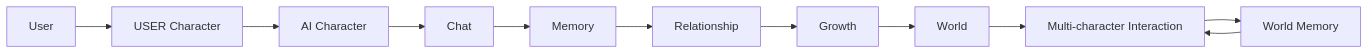
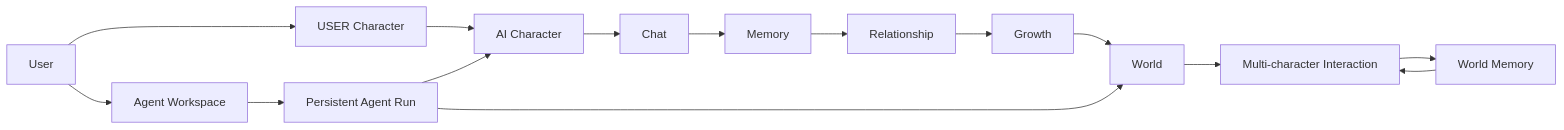
The first of 3 diagrams in README.md (xingnan-dev/ai-character-world), drawn with Mermaid before and after one commit. The commit also changed other lines of this file and 1 other file, not shown here.

Commit message:
docs: document agent workspace

````diff
--- a/README.md
+++ b/README.md
@@ -17,7 +17,10 @@
 ```mermaid
 flowchart LR
     User --> UC[USER Character] --> AC[AI Character] --> Chat
     Chat --> Memory --> Relationship --> Growth --> World
     World --> MI[Multi-character Interaction] --> WM[World Memory]
     WM --> MI
+    User --> AW[Agent Workspace] --> AR[Persistent Agent Run]
+    AR --> AC
+    AR --> World
 ```
````
